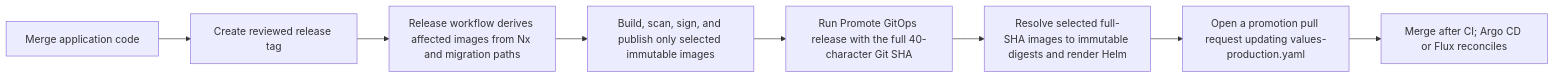
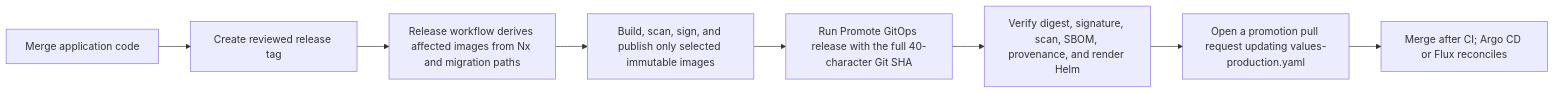
The diagram in GITOPS.md (nmime/nest-react-boilerplate), drawn with Mermaid before and after one commit. The commit also changed other lines of this file and 176 other files, not shown here.

````diff
--- a/GITOPS.md
+++ b/GITOPS.md
@@ -32,10 +32,10 @@
 ```mermaid
 flowchart LR
   merge[Merge application code] --> tag[Create reviewed release tag]
   tag --> plan[Release workflow derives affected images from Nx and migration paths]
   plan --> images[Build, scan, sign, and publish only selected immutable images]
   images --> promote[Run Promote GitOps release with the full 40-character Git SHA]
-  promote --> verify[Resolve selected full-SHA images to immutable digests and render Helm]
+  promote --> verify[Verify digest, signature, scan, SBOM, provenance, and render Helm]
   verify --> pr[Open a promotion pull request updating values-production.yaml]
   pr --> reconcile[Merge after CI; Argo CD or Flux reconciles]
 ```
````
